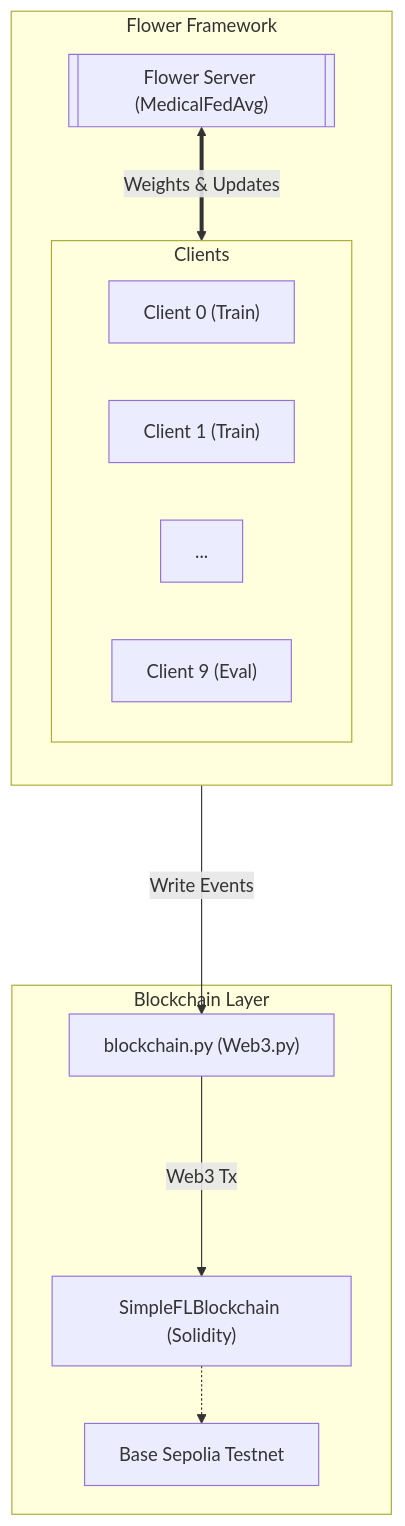
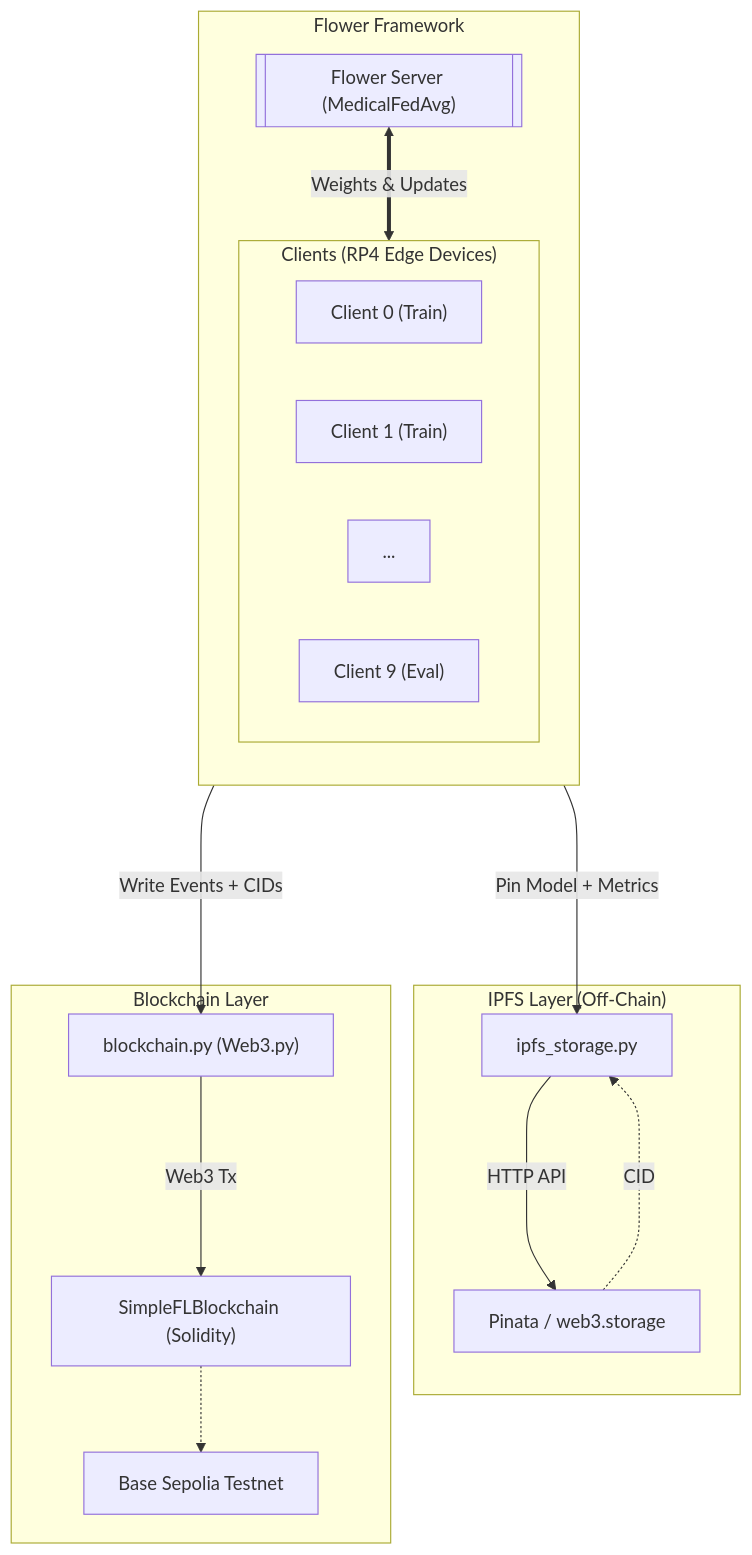
One commit to shinratttensei1/FL-Blockchain-EVM changed the diagram in README.md. Above: the diagram before and after it, drawn with Mermaid. The commit also changed other lines of this file and 11 other files, not shown here.

````diff
--- a/README.md
+++ b/README.md
@@ -49,26 +51,34 @@
 ```mermaid
 flowchart TD
     subgraph FL_NETWORK ["Flower Framework"]
         direction TB
         SERVER[["Flower Server (MedicalFedAvg)"]]
         
-        subgraph CLIENTS ["Clients"]
+        subgraph CLIENTS ["Clients (RP4 Edge Devices)"]
             C0["Client 0 (Train)"]
             C1["Client 1 (Train)"]
             CX["..."]
             C9["Client 9 (Eval)"]
         end
 
         SERVER <==>|"Weights & Updates"| CLIENTS
     end
 
+    subgraph OFF_CHAIN ["IPFS Layer (Off-Chain)"]
+        IPFS_BRIDGE["ipfs_storage.py"]
+        PINATA["Pinata / web3.storage"]
+    end
+
     subgraph ON_CHAIN ["Blockchain Layer"]
         EVM_BRIDGE["blockchain.py (Web3.py)"]
         CONTRACT["SimpleFLBlockchain (Solidity)"]
         NETWORK_TAGP["Base Sepolia Testnet"]
     end
 
-    SERVER ---->|"Write Events"| EVM_BRIDGE
+    SERVER ---->|"Pin Model + Metrics"| IPFS_BRIDGE
+    IPFS_BRIDGE ---->|"HTTP API"| PINATA
+    PINATA -.->|"CID"| IPFS_BRIDGE
+    SERVER ---->|"Write Events + CIDs"| EVM_BRIDGE
     EVM_BRIDGE ---->|"Web3 Tx"| CONTRACT
     CONTRACT -.-> NETWORK_TAGP
 ```
````
